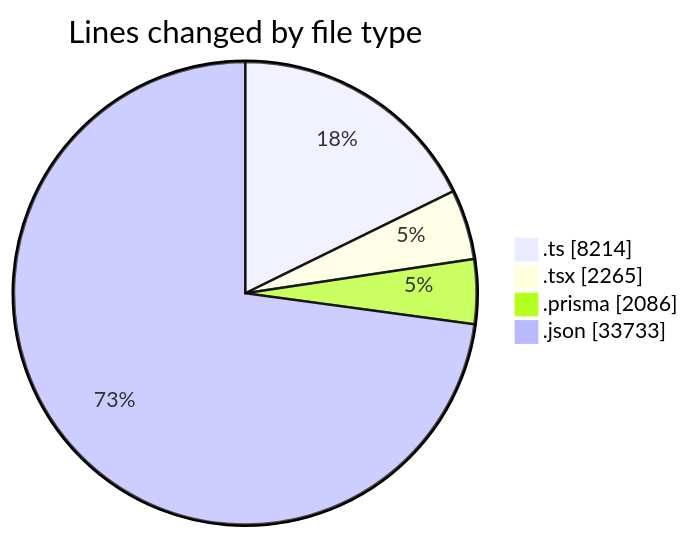
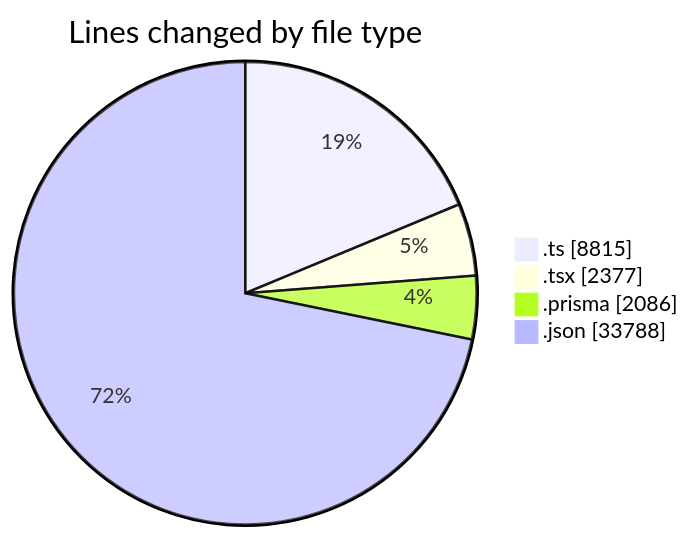
Before and after one commit to CELIANVF/code-tracking: the first of 2 diagrams in 2025-05-19/ecodeli-1/README.md, drawn with Mermaid. The commit also changed other lines of this file and 1 other file, not shown here.

````diff
--- a/2025-05-19/ecodeli-1/README.md
+++ b/2025-05-19/ecodeli-1/README.md
@@ -50,8 +52,8 @@
 ```mermaid
 pie showData
 title Lines changed by file type
-".ts" : 8214
-".tsx" : 2265
+".ts" : 8815
+".tsx" : 2377
 ".prisma" : 2086
-".json" : 33733
+".json" : 33788
 ```
````
